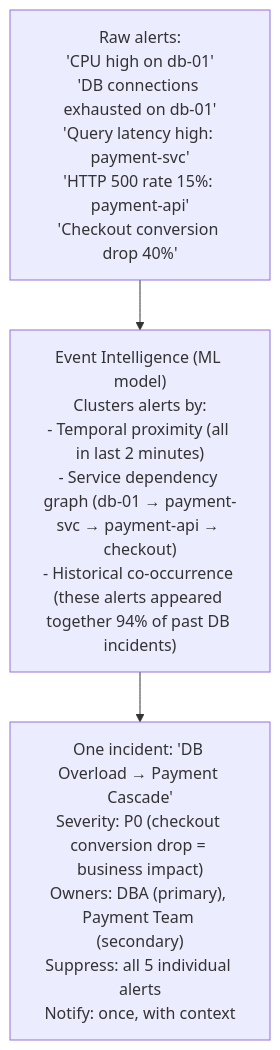
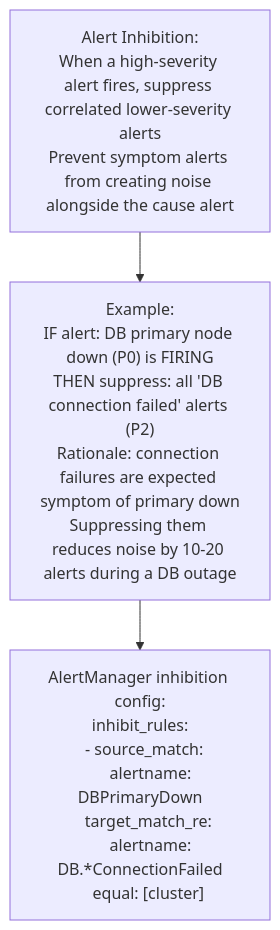
One commit to gauravprwl14/system-design-course changed diagram 12 of 12 in docs-site/content/12-interview-prep/question-bank/observability-sre/incident-response-systems.md. Above: the diagram before and after it, drawn with Mermaid. The commit also changed other lines of this file and 3 other files, not shown here.

Commit message:
feat(question-bank): mobile-architecture COMPLETE (offline-first-sync + mobile-app-architecture)

````diff
--- a/docs-site/content/12-interview-prep/question-bank/observability-sre/incident-response-systems.md
+++ b/docs-site/content/12-interview-prep/question-bank/observability-sre/incident-response-systems.md
@@ -357,10 +449,10 @@
 ```mermaid
 graph TD
-  Raw["Raw alerts:\n'CPU high on db-01'\n'DB connections exhausted on db-01'\n'Query latency high: payment-svc'\n'HTTP 500 rate 15%: payment-api'\n'Checkout conversion drop 40%'"]
+  Inhibit["Alert Inhibition:\nWhen a high-severity alert fires, suppress correlated lower-severity alerts\nPrevent symptom alerts from creating noise alongside the cause alert"]
 
-  ML["Event Intelligence (ML model)\nClusters alerts by:\n- Temporal proximity (all in last 2 minutes)\n- Service dependency graph (db-01 → payment-svc → payment-api → checkout)\n- Historical co-occurrence (these alerts appeared together 94% of past DB incidents)"]
+  Example["Example:\nIF alert: DB primary node down (P0) is FIRING\nTHEN suppress: all 'DB connection failed' alerts (P2)\nRationale: connection failures are expected symptom of primary down\nSuppressing them reduces noise by 10-20 alerts during a DB outage"]
 
-  Incident["One incident: 'DB Overload → Payment Cascade'\nSeverity: P0 (checkout conversion drop = business impact)\nOwners: DBA (primary), Payment Team (secondary)\nSuppress: all 5 individual alerts\nNotify: once, with context"]
+  Config["AlertManager inhibition config:\ninhibit_rules:\n  - source_match:\n      alertname: DBPrimaryDown\n    target_match_re:\n      alertname: DB.*ConnectionFailed\n    equal: [cluster]"]
 
-  Raw --> ML --> Incident
+  Inhibit --> Example --> Config
 ```
````
